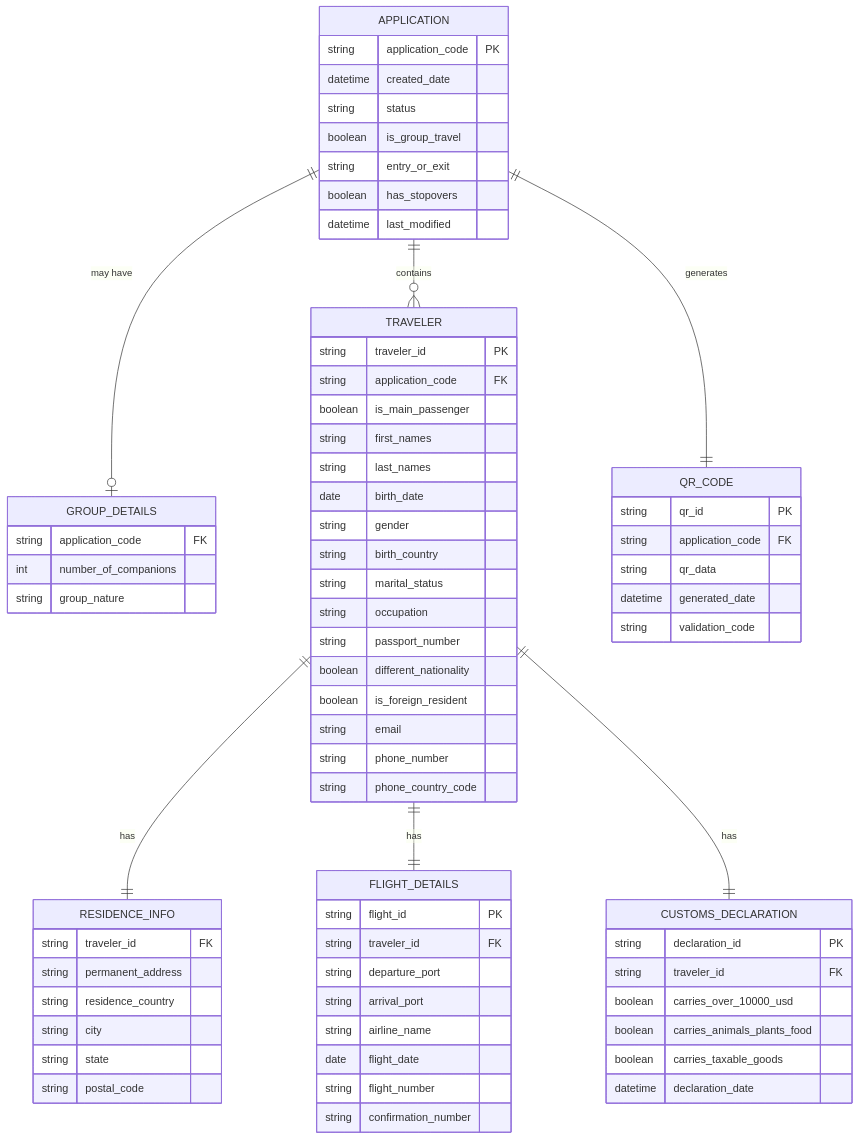
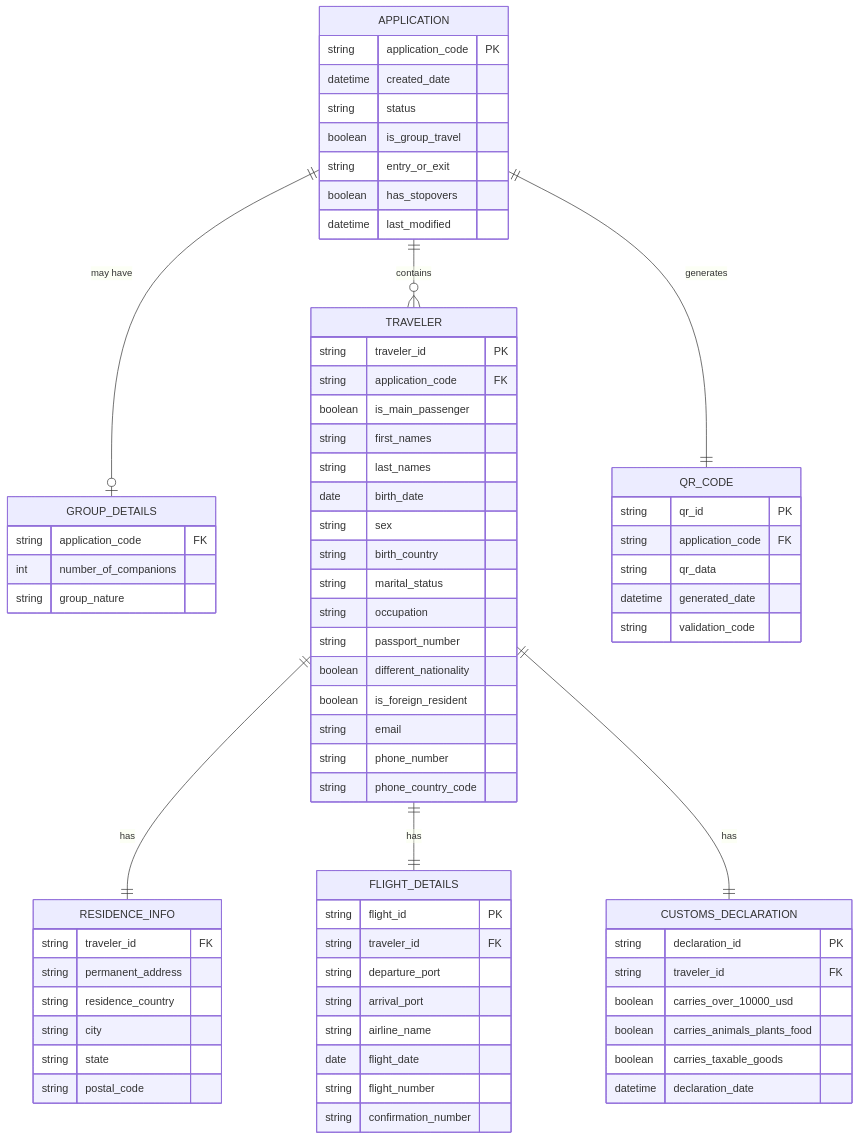
One commit to gustavovalverde/e-ticket-rd changed the diagram in docs/product/official-web/diagram-entity-relationship.md. Above: the diagram before and after it, drawn with Mermaid. The commit also changed 28 other files, not shown here.

````diff
--- a/docs/product/official-web/diagram-entity-relationship.md
+++ b/docs/product/official-web/diagram-entity-relationship.md
@@ -9,81 +9,81 @@
 ```mermaid
 erDiagram
     APPLICATION {
         string application_code PK
         datetime created_date
         string status
         boolean is_group_travel
         string entry_or_exit
         boolean has_stopovers
         datetime last_modified
     }
 
     GROUP_DETAILS {
         string application_code FK
         int number_of_companions
         string group_nature
     }
 
     TRAVELER {
         string traveler_id PK
         string application_code FK
         boolean is_main_passenger
         string first_names
         string last_names
         date birth_date
-        string gender
+        string sex
         string birth_country
         string marital_status
         string occupation
         string passport_number
         boolean different_nationality
         boolean is_foreign_resident
         string email
         string phone_number
         string phone_country_code
     }
 
     RESIDENCE_INFO {
         string traveler_id FK
         string permanent_address
         string residence_country
         string city
         string state
         string postal_code
     }
 
     FLIGHT_DETAILS {
         string flight_id PK
         string traveler_id FK
         string departure_port
         string arrival_port
         string airline_name
         date flight_date
         string flight_number
         string confirmation_number
     }
 
     CUSTOMS_DECLARATION {
         string declaration_id PK
         string traveler_id FK
         boolean carries_over_10000_usd
         boolean carries_animals_plants_food
         boolean carries_taxable_goods
         datetime declaration_date
     }
 
     QR_CODE {
         string qr_id PK
         string application_code FK
         string qr_data
         datetime generated_date
         string validation_code
     }
 
     APPLICATION ||--o{ TRAVELER : "contains"
     APPLICATION ||--o| GROUP_DETAILS : "may have"
     APPLICATION ||--|| QR_CODE : "generates"
     TRAVELER ||--|| RESIDENCE_INFO : "has"
     TRAVELER ||--|| FLIGHT_DETAILS : "has"
     TRAVELER ||--|| CUSTOMS_DECLARATION : "has"
 ```
````
